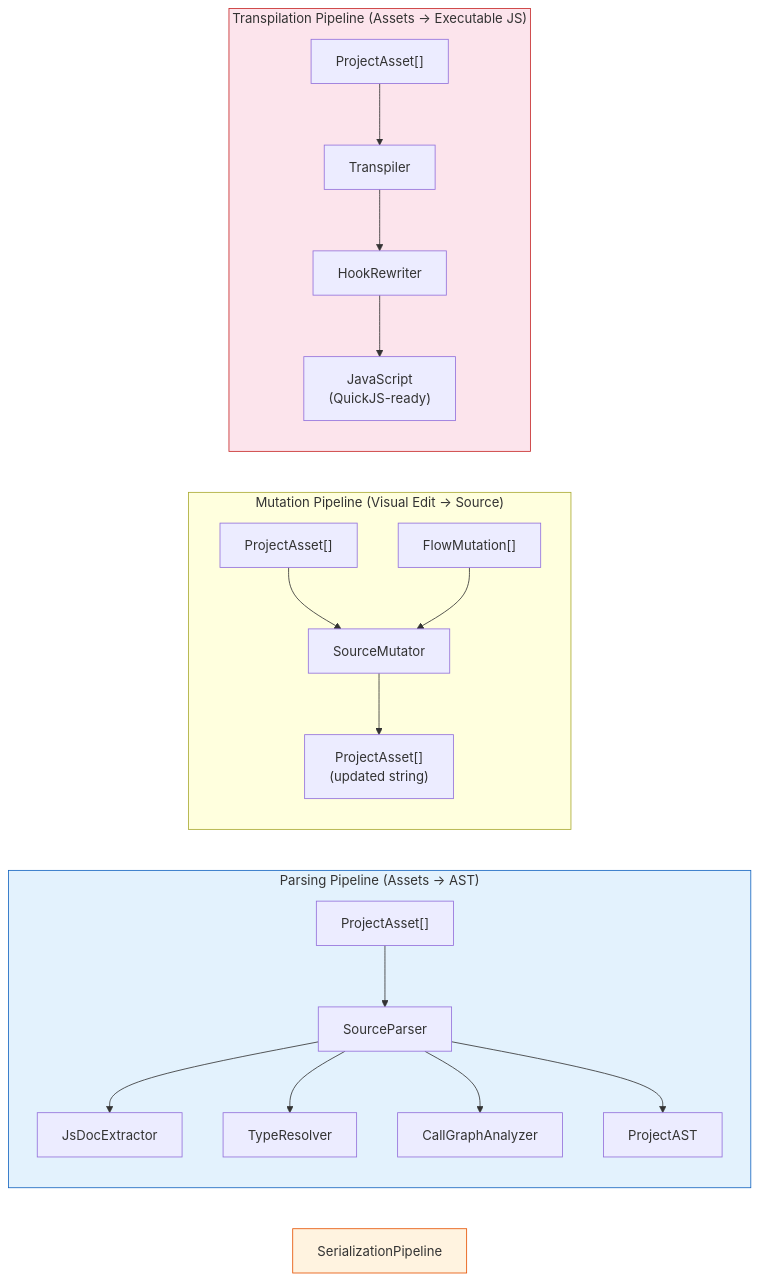
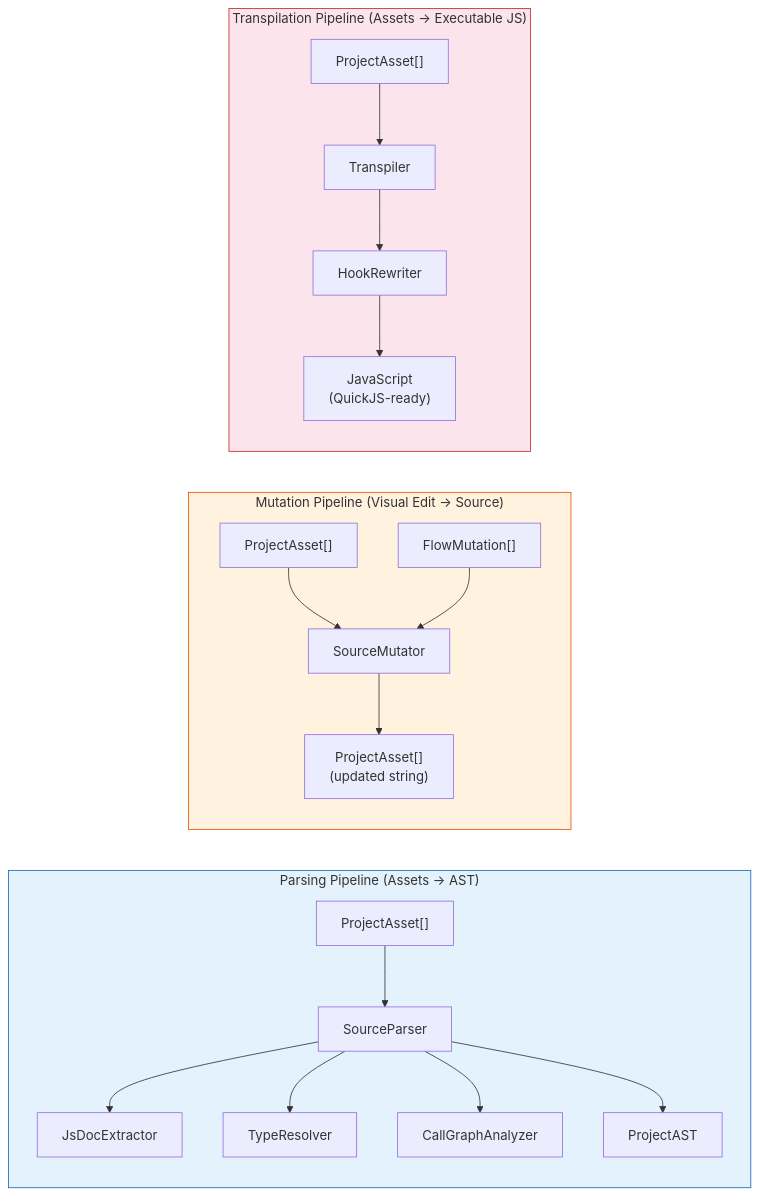
One commit to rimvydasb/open-modeler-ts changed the third of 3 diagrams in docs/03-AST-PARSING.md. Above: the diagram before and after it, drawn with Mermaid. The commit also changed other lines of this file and 20 other files, not shown here.

````diff
--- a/docs/03-AST-PARSING.md
+++ b/docs/03-AST-PARSING.md
@@ -710,41 +707,41 @@
 ```mermaid
 graph LR
     subgraph ParsingPipeline["Parsing Pipeline (Assets → AST)"]
         direction TB
         SRC["ProjectAsset[]"]
         JDP["JsDocExtractor"]
         TR["TypeResolver"]
         CGA["CallGraphAnalyzer"]
         SP["SourceParser"]
         AST_OUT["ProjectAST"]
         SRC --> SP
         SP --> JDP
         SP --> TR
         SP --> CGA
         SP --> AST_OUT
     end
 
     subgraph MutationPipeline["Mutation Pipeline (Visual Edit → Source)"]
         direction TB
         SRC_IN["ProjectAsset[]"]
         MUT["FlowMutation[]"]
         MUTATOR["SourceMutator"]
         SRC_OUT["ProjectAsset[]<br/>(updated string)"]
         SRC_IN --> MUTATOR
         MUT --> MUTATOR
         MUTATOR --> SRC_OUT
     end
 
     subgraph TranspilationPipeline["Transpilation Pipeline (Assets → Executable JS)"]
         direction TB
         TS_IN["ProjectAsset[]"]
         TRANS["Transpiler"]
         HOOK_RW["HookRewriter"]
         JS_OUT["JavaScript<br/>(QuickJS-ready)"]
         TS_IN --> TRANS --> HOOK_RW --> JS_OUT
     end
 
     style ParsingPipeline fill: #e3f2fd, stroke: #1565c0
-    style SerializationPipeline fill: #fff3e0, stroke: #e65100
+    style MutationPipeline fill: #fff3e0, stroke: #e65100
     style TranspilationPipeline fill: #fce4ec, stroke: #c62828
 ```
````
